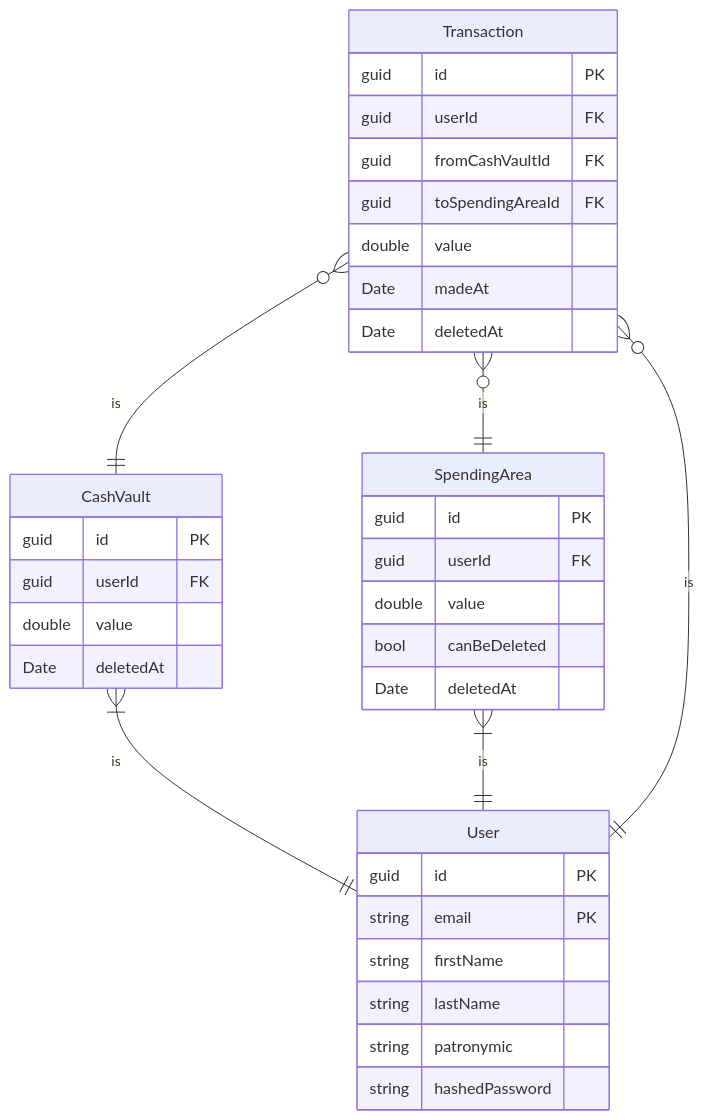
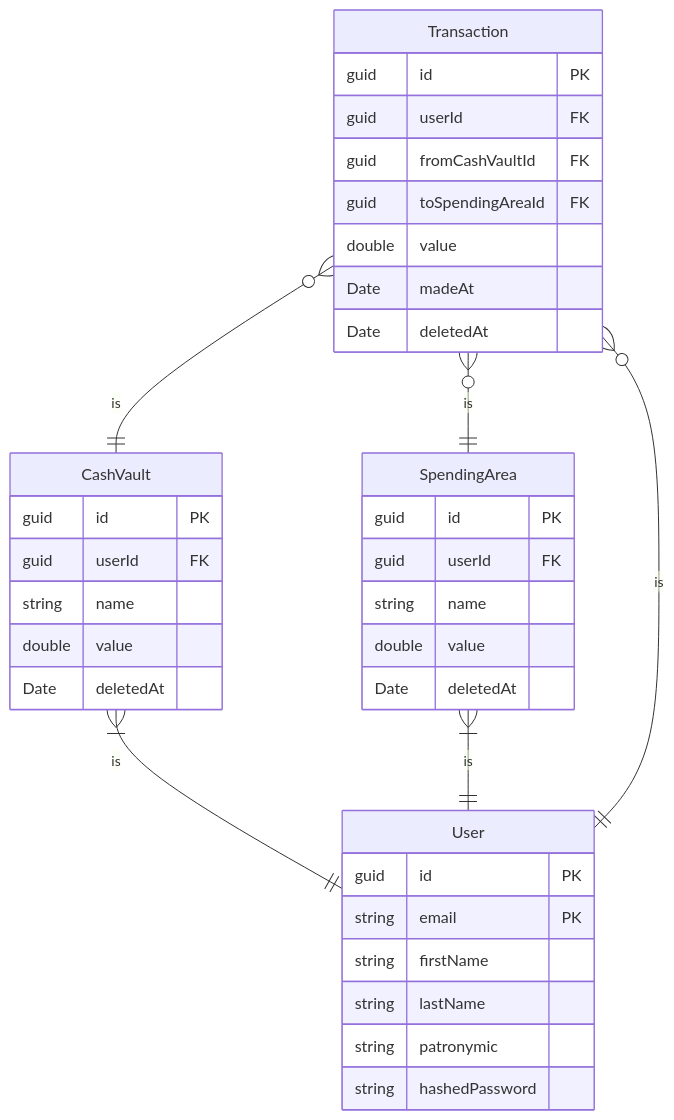
Before and after one commit to Pipotka/SmartWallet: the first of 2 diagrams in README.md, drawn with Mermaid. The commit also changed other lines of this file and 29 other files, not shown here.

````diff
--- a/README.md
+++ b/README.md
@@ -3,41 +3,42 @@
 ```mermaid
 erDiagram
     CashVault }|--|| User : is
     CashVault {
         guid id PK
         guid userId FK
+        string name
         double value
         Date deletedAt
     }
 
     SpendingArea }|--|| User : is
     SpendingArea{
         guid id PK
         guid userId FK
+        string name
         double value
-        bool canBeDeleted
         Date deletedAt
     }
 
     Transaction }o--|| User : is
     Transaction }o--|| CashVault : is
     Transaction }o--|| SpendingArea : is
     Transaction {
         guid id PK
         guid userId FK
         guid fromCashVaultId FK
         guid toSpendingAreaId FK
         double value
         Date madeAt
         Date deletedAt
     }
 
     User {
         guid id PK
         string email PK
         string firstName
         string lastName
         string patronymic
         string hashedPassword
     }
 ```
````
